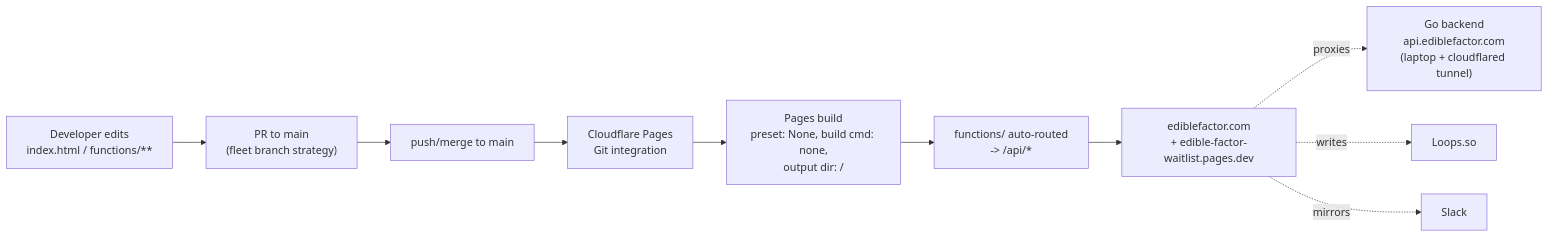
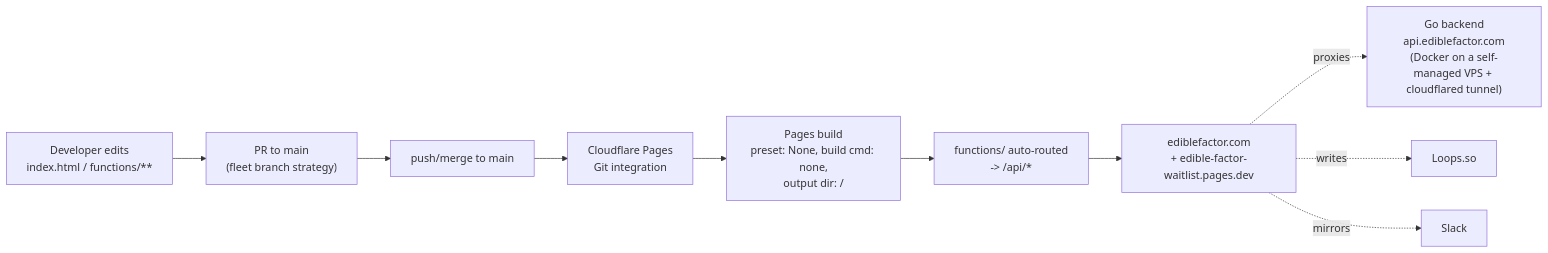
The sixth of 6 diagrams in ARCHITECTURE.md (builders-sunday/edible-factor-waitlist), drawn with Mermaid before and after one commit. The commit also changed other lines of this file, not shown here.

First line of the commit message:
docs: correct ARCHITECTURE.md to the real VPS/Atlas backend topology

````diff
--- a/ARCHITECTURE.md
+++ b/ARCHITECTURE.md
@@ -290,13 +290,13 @@
 ```mermaid
 flowchart LR
   DEV["Developer edits<br/>index.html / functions/**"] --> PR["PR to main<br/>(fleet branch strategy)"]
   PR --> MAIN["push/merge to main"]
   MAIN --> GIT["Cloudflare Pages<br/>Git integration"]
   GIT --> BUILD["Pages build<br/>preset: None, build cmd: none,<br/>output dir: /"]
   BUILD --> DETECT["functions/ auto-routed<br/>-> /api/*"]
   DETECT --> LIVE["ediblefactor.com<br/>+ edible-factor-waitlist.pages.dev"]
 
-  LIVE -. proxies .-> BE["Go backend<br/>api.ediblefactor.com<br/>(laptop + cloudflared tunnel)"]
+  LIVE -. proxies .-> BE["Go backend<br/>api.ediblefactor.com<br/>(Docker on a self-managed VPS + cloudflared tunnel)"]
   LIVE -. writes .-> LOOPS["Loops.so"]
   LIVE -. mirrors .-> SLACK["Slack"]
 ```
````
